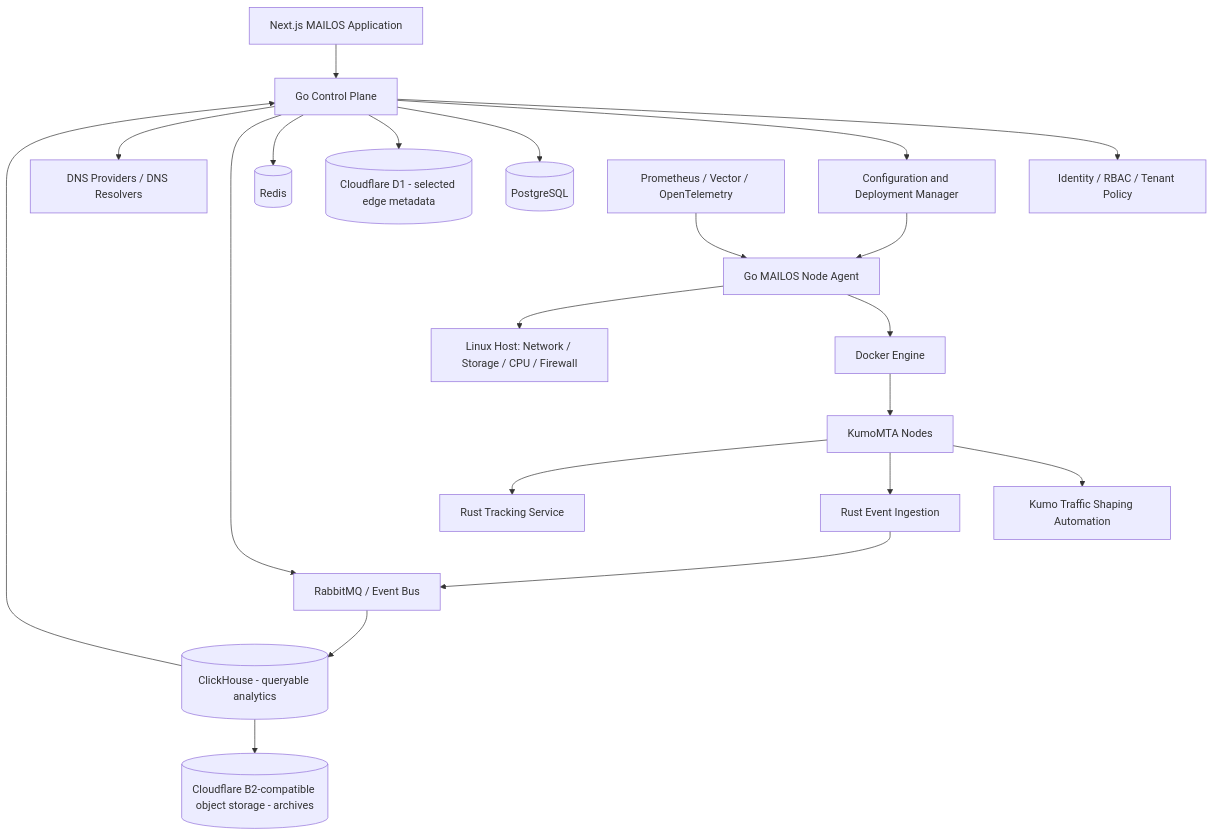
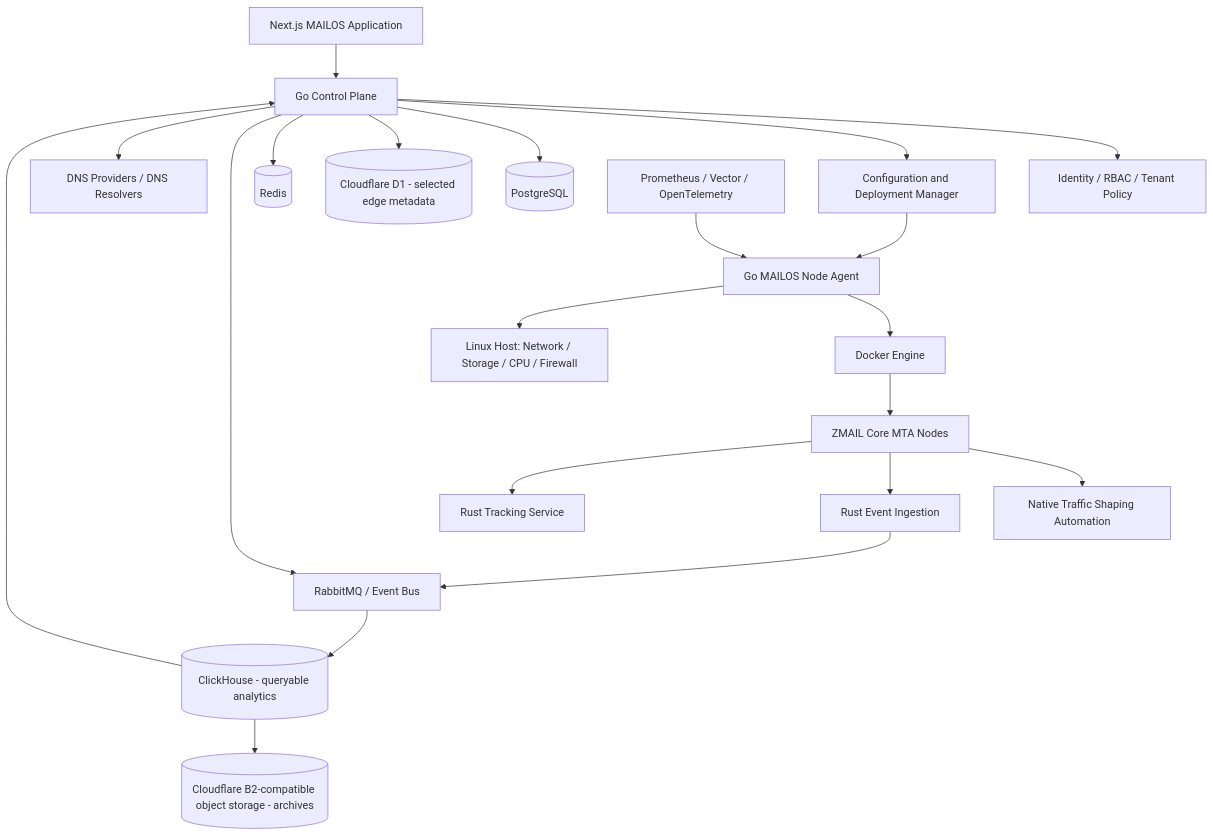
One commit to boy-who-codes/zmail-mta changed the diagram in MAILOS_Enterprise_Product_and_Engineering_Blueprint.md. Above: the diagram before and after it, drawn with Mermaid. The commit also changed other lines of this file and 35 other files, not shown here.

````diff
--- a/MAILOS_Enterprise_Product_and_Engineering_Blueprint.md
+++ b/MAILOS_Enterprise_Product_and_Engineering_Blueprint.md
@@ -200,45 +200,45 @@
 ``` mermaid
 flowchart TB
     UI["Next.js MAILOS Application"]
     API["Go Control Plane"]
     AUTH["Identity / RBAC / Tenant Policy"]
     CONFIG["Configuration and Deployment Manager"]
     DB[("PostgreSQL")]
     D1[("Cloudflare D1 - selected edge metadata")]
     B2[("Cloudflare B2-compatible object storage - archives")]
     CACHE[("Redis")]
     BROKER["RabbitMQ / Event Bus"]
 
     AGENT["Go MAILOS Node Agent"]
     DOCKER["Docker Engine"]
-    KUMO["KumoMTA Nodes"]
-    TSA["Kumo Traffic Shaping Automation"]
+    MTA["ZMAIL Core MTA Nodes"]
+    TSA["Native Traffic Shaping Automation"]
     HOST["Linux Host: Network / Storage / CPU / Firewall"]
 
     INGEST["Rust Event Ingestion"]
     ANALYTICS[("ClickHouse - queryable analytics")]
     TRACK["Rust Tracking Service"]
     DNS["DNS Providers / DNS Resolvers"]
     OBS["Prometheus / Vector / OpenTelemetry"]
 
     UI --> API
     API --> AUTH
     API --> CONFIG
     API --> DB
     API --> D1
     API --> CACHE
     API --> BROKER
     CONFIG --> AGENT
     AGENT --> DOCKER
-    DOCKER --> KUMO
+    DOCKER --> MTA
     AGENT --> HOST
-    KUMO --> TSA
-    KUMO --> INGEST
-    KUMO --> TRACK
+    MTA --> TSA
+    MTA --> INGEST
+    MTA --> TRACK
     INGEST --> BROKER
     BROKER --> ANALYTICS
     ANALYTICS --> B2
     API --> DNS
     OBS --> AGENT
     ANALYTICS --> API
 ```
````
